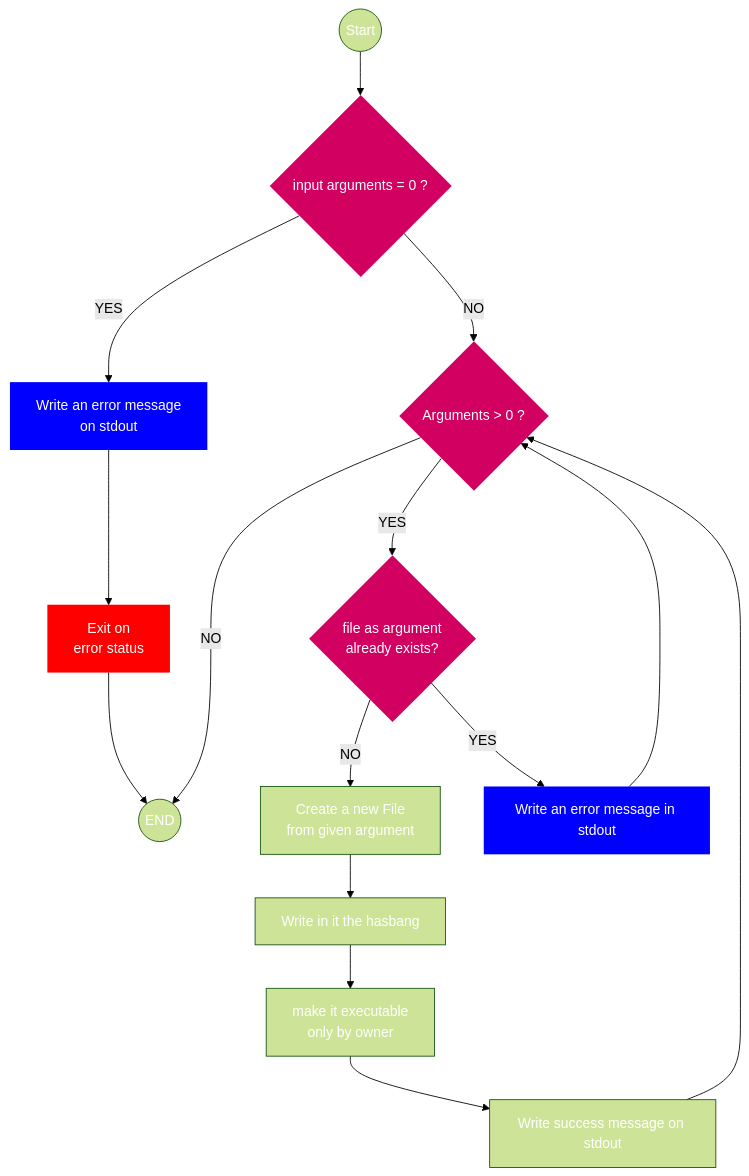
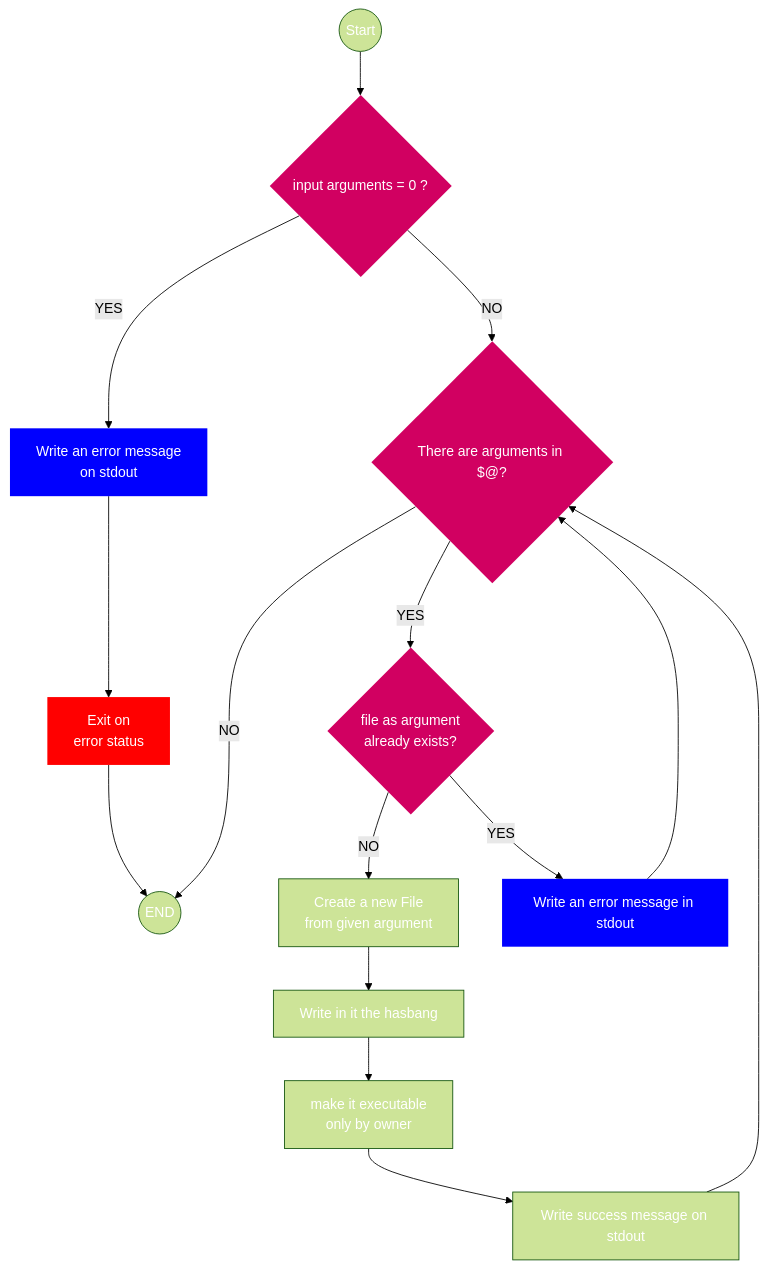
The diagram in BashFile/README.md (mcfly1885/bash-utility-scripts), drawn with Mermaid (forest theme) before and after one commit.

Commit message:
update flowchart

````diff
--- a/BashFile/README.md
+++ b/BashFile/README.md
@@ -24,24 +24,24 @@
 ```mermaid
 
 flowchart TD
 
 %% Classes Def %%
     classDef default color:#fff;
     classDef process fill:#0000ff,stroke:#cc9900,stroke-width:0px;
     classDef error fill:#ff0000,stroke:#cc9900,stroke-width:0px;
     classDef condition fill:#d10061,stroke:#cc9900,stroke-width:0px;
     
 
 
          START((Start))
          -->argsNumbber{input arguments = 0 ?}:::condition
             --YES-->error[Write an error message <br>on stdout]:::process-->exit[Exit on <br>error status]:::error-->stop
             
-        argsNumbber --NO-->forcycle{Arguments > 0 ?}:::condition
+        argsNumbber --NO-->forcycle{There are arguments in $@?}:::condition
         forcycle--NO-->stop((END))
 
         argExists--NO-->createFile[Create a new File <br>from given argument]-->hashbang[Write in it the hasbang]-->makexec[make it executable <br>only by owner]-->infomsg[Write success message on stdout]-->forcycle
 
         forcycle--YES-->argExists{file as argument <br>already exists?}:::condition --YES-->error2[Write an error message in stdout]:::process-->forcycle
  
 ```
````
